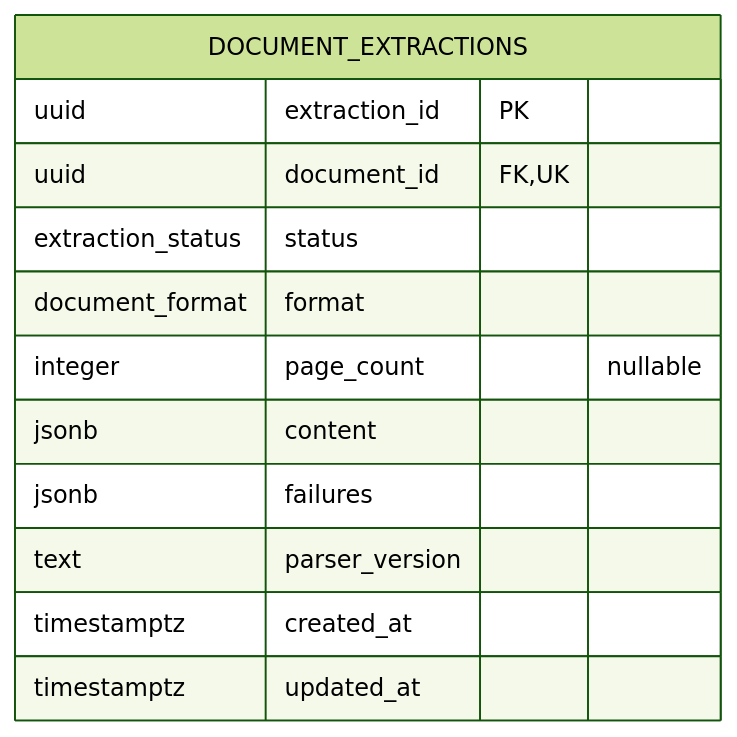
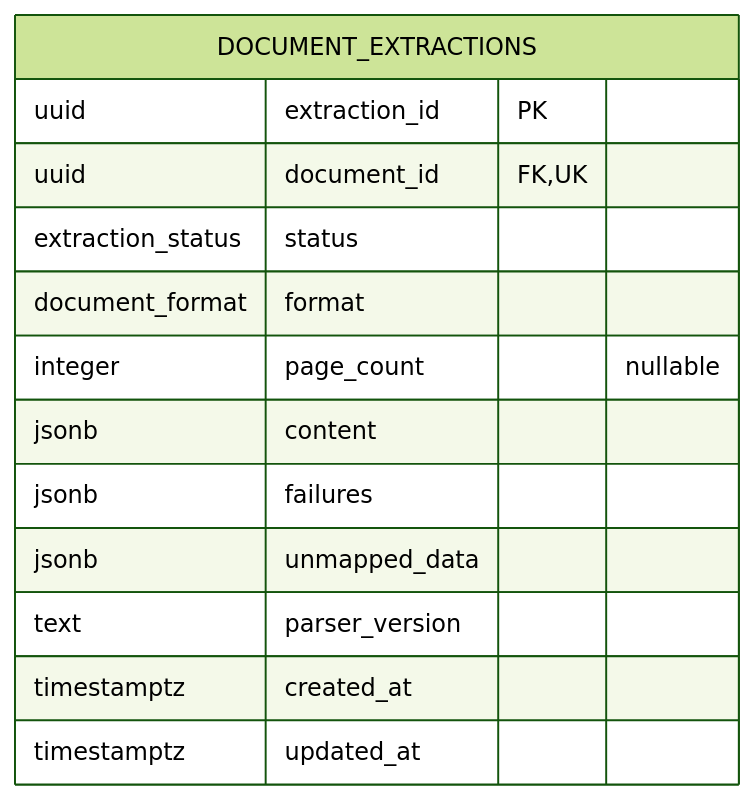
Before and after one commit to cv-parser-team/Backend: the second of 2 diagrams in docs/database/data-model.md, drawn with Mermaid (forest theme). The commit also changed other lines of this file and 2 other files, not shown here.

Commit message:
docs: document language and project claims, contact email, and unmapped data

````diff
--- a/docs/database/data-model.md
+++ b/docs/database/data-model.md
@@ -345,15 +389,16 @@
 ```mermaid
 erDiagram
     DOCUMENT_EXTRACTIONS {
         uuid extraction_id PK
         uuid document_id FK, UK
         extraction_status status
         document_format format
         integer page_count "nullable"
         jsonb content
         jsonb failures
+        jsonb unmapped_data
         text parser_version
         timestamptz created_at
         timestamptz updated_at
     }
 ```
````
